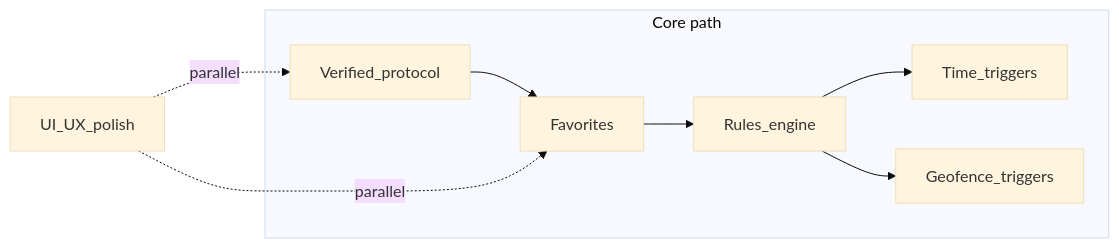
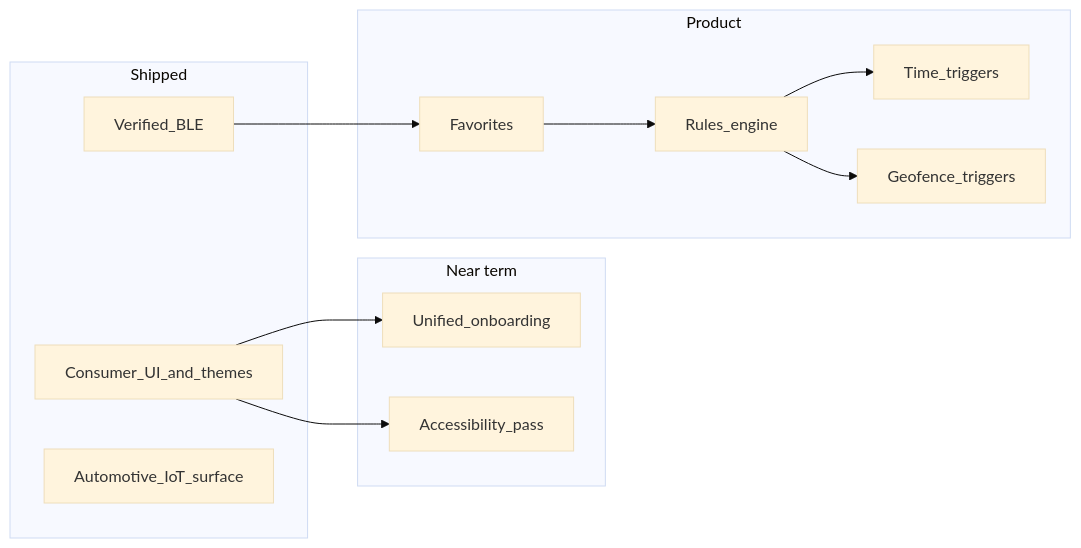
Before and after one commit to lukey662/akrapovic-Soundkit-Community-Edition: the diagram in ROADMAP.md, drawn with Mermaid (base theme). The commit also changed other lines of this file and 3 other files, not shown here.

First line of the commit message:
Refresh roadmap and tune default Studio and Audi RS themes.

````diff
--- a/ROADMAP.md
+++ b/ROADMAP.md
@@ -74,17 +72,24 @@
 ```mermaid
 flowchart LR
-  subgraph core [Core path]
-    Proto[Verified_protocol]
+  subgraph done [Shipped]
+    Proto[Verified_BLE]
+    UX[Consumer_UI_and_themes]
+    Car[Automotive_IoT_surface]
+  end
+  subgraph next [Near term]
+    Onboard[Unified_onboarding]
+    A11y[Accessibility_pass]
+  end
+  subgraph later [Product]
     Fav[Favorites]
     Rules[Rules_engine]
     Time[Time_triggers]
     Geo[Geofence_triggers]
-    Proto --> Fav
-    Fav --> Rules
-    Rules --> Time
-    Rules --> Geo
   end
-  UX[UI_UX_polish]
-  UX -.->|"parallel"| Proto
-  UX -.->|"parallel"| Fav
+  Proto --> Fav
+  Fav --> Rules
+  Rules --> Time
+  Rules --> Geo
+  UX --> Onboard
+  UX --> A11y
 ```
````
